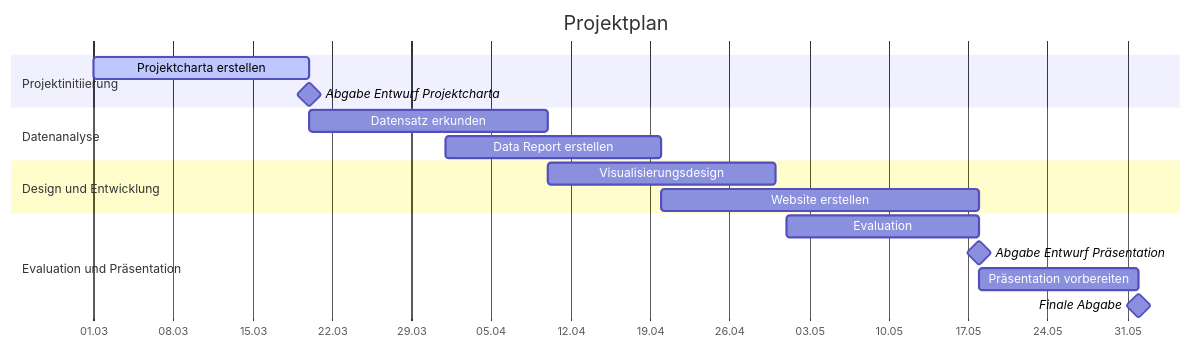
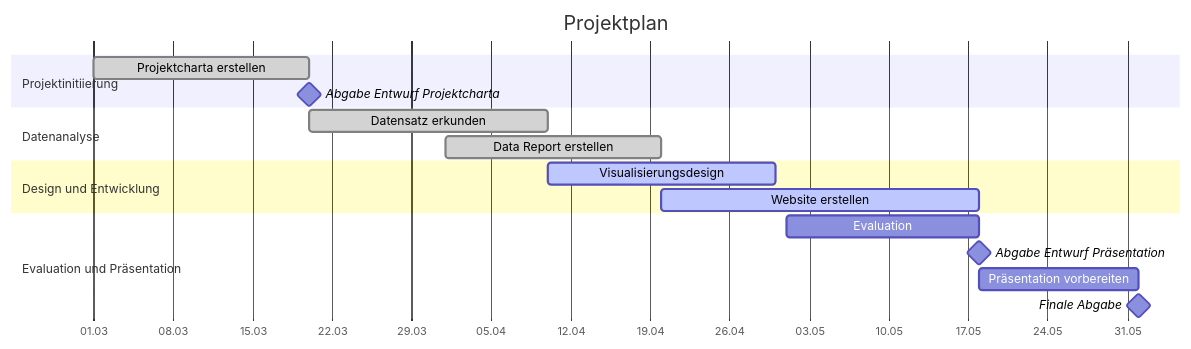
One commit to vdss-fs26-ds25a/ds25a-5-meteorite-impacts changed the diagram in docs/project_charta.qmd. Above: the diagram before and after it, drawn with Mermaid. The commit also changed other lines of this file, not shown here.

````diff
--- a/docs/project_charta.qmd
+++ b/docs/project_charta.qmd
@@ -205,24 +203,24 @@
 ```{mermaid}
 gantt
     title Projektplan
     dateFormat YYYY-MM-DD
     axisFormat %d.%m
 
     section Projektinitiierung
-    Projektcharta erstellen         :active, 2026-03-01, 2026-03-20
+    Projektcharta erstellen         :done, 2026-03-01, 2026-03-20
     Abgabe Entwurf Projektcharta    :milestone, 2026-03-20, 0d
 
     section Datenanalyse
-    Datensatz erkunden              :2026-03-20, 2026-04-10
-    Data Report erstellen           :2026-04-01, 2026-04-20
+    Datensatz erkunden              :done, 2026-03-20, 2026-04-10
+    Data Report erstellen           :done, 2026-04-01, 2026-04-20
 
     section Design und Entwicklung
-    Visualisierungsdesign           :2026-04-10, 2026-04-30
-    Website erstellen               :2026-04-20, 2026-05-18
+    Visualisierungsdesign           :active, 2026-04-10, 2026-04-30
+    Website erstellen               :active, 2026-04-20, 2026-05-18
 
     section Evaluation und Präsentation
     Evaluation                      :2026-05-01, 2026-05-18
     Abgabe Entwurf Präsentation     :milestone, 2026-05-18, 0d
     Präsentation vorbereiten        :2026-05-18, 2026-06-01
     Finale Abgabe                   :milestone, 2026-06-01, 0d
 ```
````
